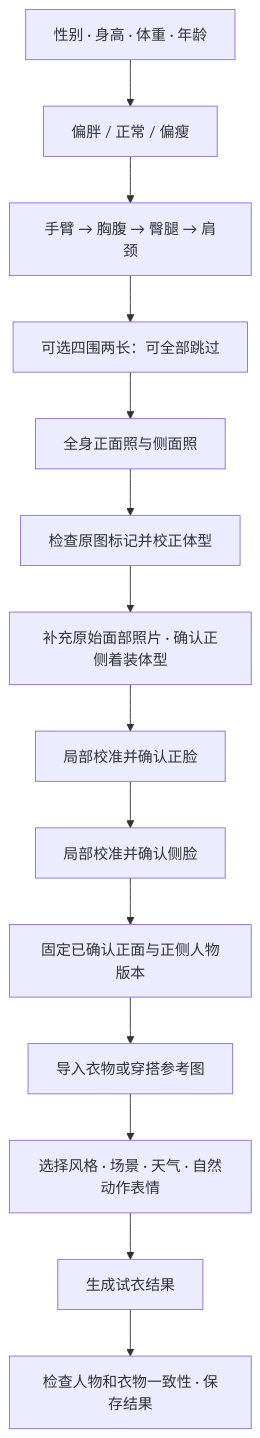
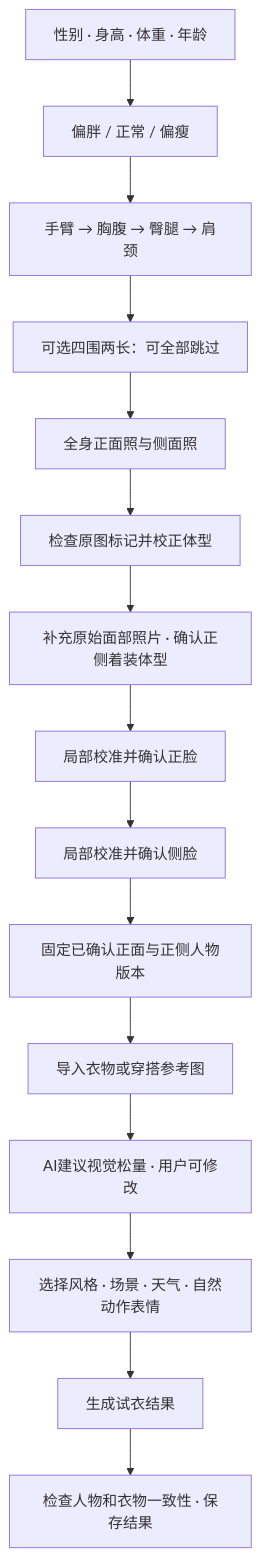
The diagram in README.md (Yhmx6/veylfit), drawn with Mermaid before and after one commit. The commit also changed 4 other files, not shown here.

````diff
--- a/README.md
+++ b/README.md
@@ -11,16 +11,17 @@
 ```mermaid
 flowchart TD
     A[性别 · 身高 · 体重 · 年龄] --> B[偏胖 / 正常 / 偏瘦]
     B --> C[手臂 → 胸腹 → 臀腿 → 肩颈]
     C --> D[可选四围两长：可全部跳过]
     D --> E[全身正面照与侧面照]
     E --> F[检查原图标记并校正体型]
     F --> G[补充原始面部照片 · 确认正侧着装体型]
     G --> H[局部校准并确认正脸]
     H --> S[局部校准并确认侧脸]
     S --> I[固定已确认正面与正侧人物版本]
     I --> J[导入衣物或穿搭参考图]
-    J --> K[选择风格 · 场景 · 天气 · 自然动作表情]
+    J --> N[AI建议视觉松量 · 用户可修改]
+    N --> K[选择风格 · 场景 · 天气 · 自然动作表情]
     K --> L[生成试衣结果]
     L --> M[检查人物和衣物一致性 · 保存结果]
 ```
````
